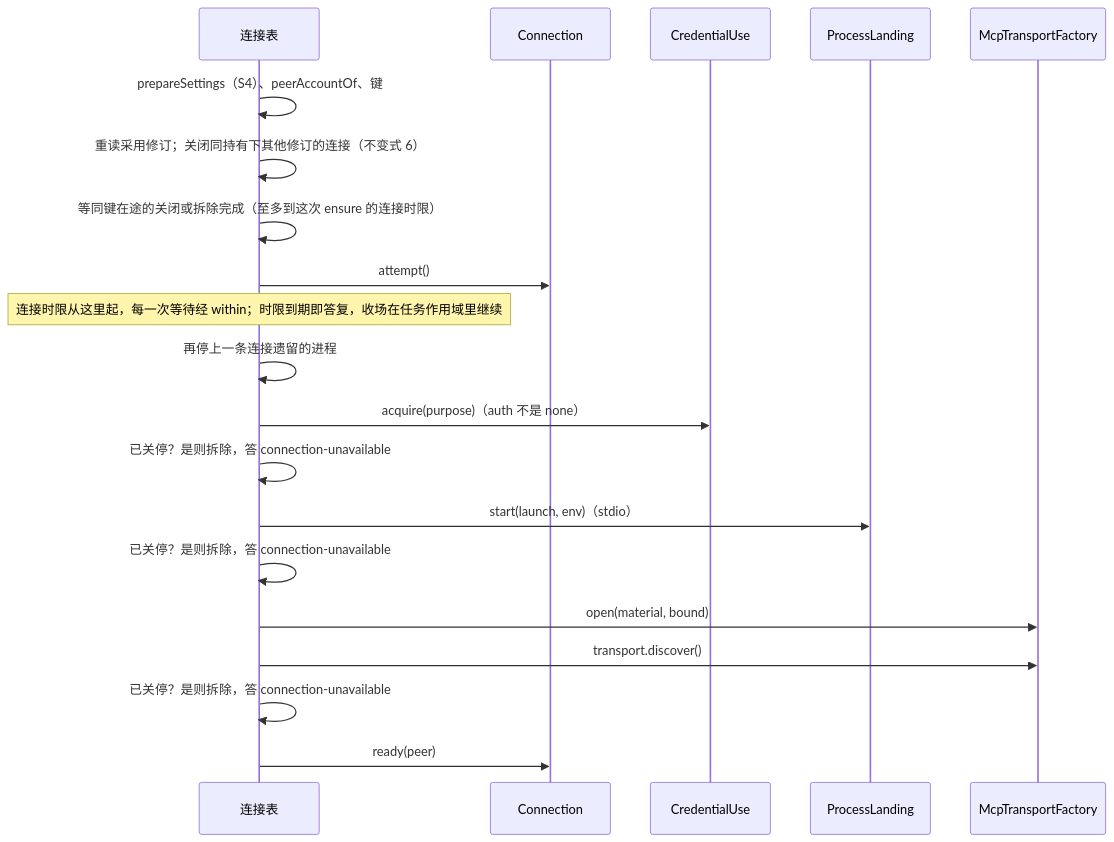
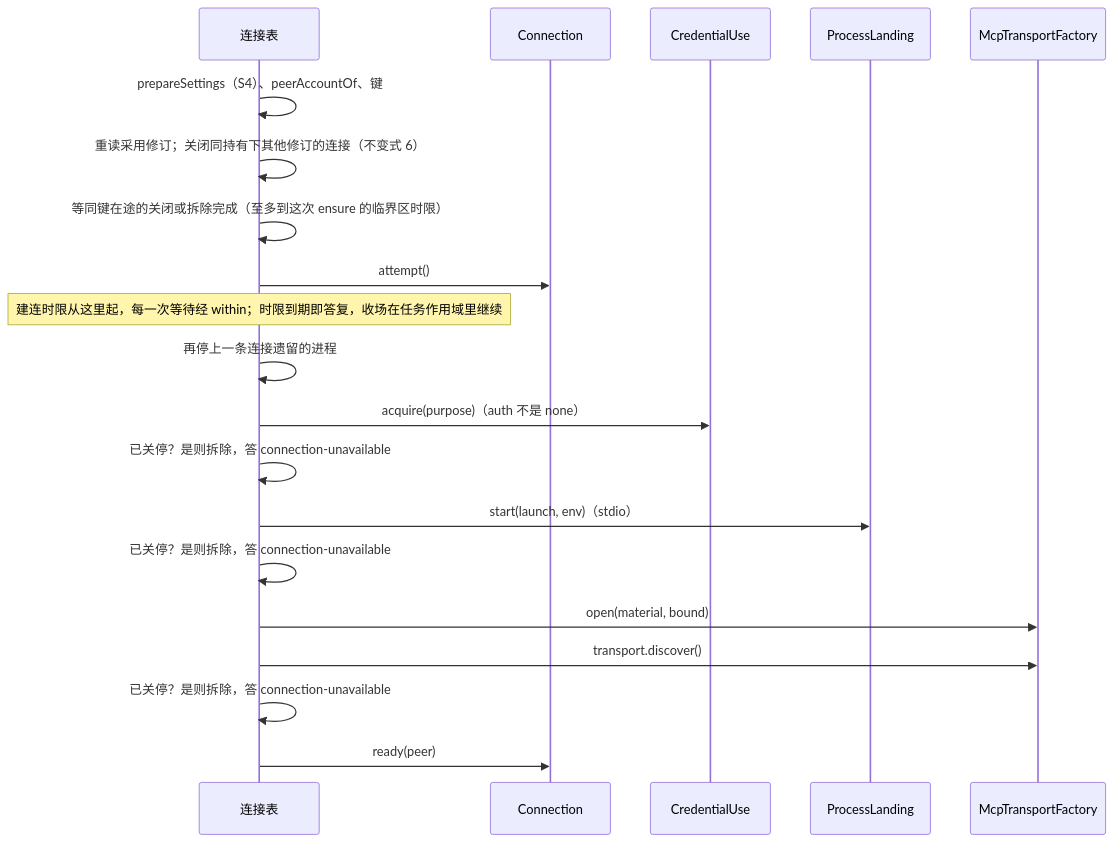
Before and after one commit to nemori-ai/omne-harness-lite: the second of 2 diagrams in packages/mcp/mcp/docs/flows.md, drawn with Mermaid. The commit also changed other lines of this file and 14 other files, not shown here.

````diff
--- a/packages/mcp/mcp/docs/flows.md
+++ b/packages/mcp/mcp/docs/flows.md
@@ -37,22 +37,22 @@
 ```mermaid
 sequenceDiagram
     participant T as 连接表
     participant A as Connection
     participant U as CredentialUse
     participant L as ProcessLanding
     participant F as McpTransportFactory
     T->>T: prepareSettings（S4）、peerAccountOf、键
     T->>T: 重读采用修订；关闭同持有下其他修订的连接（不变式 6）
-    T->>T: 等同键在途的关闭或拆除完成（至多到这次 ensure 的连接时限）
+    T->>T: 等同键在途的关闭或拆除完成（至多到这次 ensure 的临界区时限）
     T->>A: attempt()
-    note over T: 连接时限从这里起，每一次等待经 within；时限到期即答复，收场在任务作用域里继续
+    note over T: 建连时限从这里起，每一次等待经 within；时限到期即答复，收场在任务作用域里继续
     T->>T: 再停上一条连接遗留的进程
     T->>U: acquire(purpose)（auth 不是 none）
     T->>T: 已关停？是则拆除，答 connection-unavailable
     T->>L: start(launch, env)（stdio）
     T->>T: 已关停？是则拆除，答 connection-unavailable
     T->>F: open(material, bound)
     T->>F: transport.discover()
     T->>T: 已关停？是则拆除，答 connection-unavailable
     T->>A: ready(peer)
 ```
````
